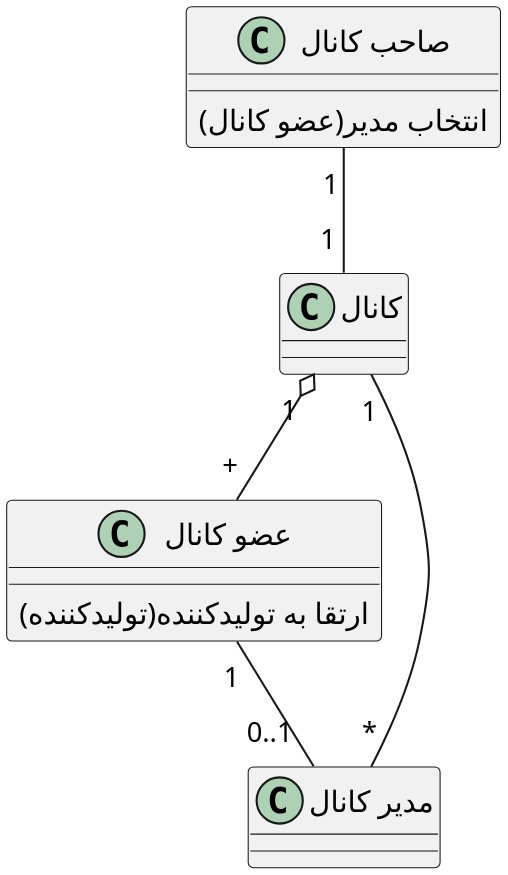
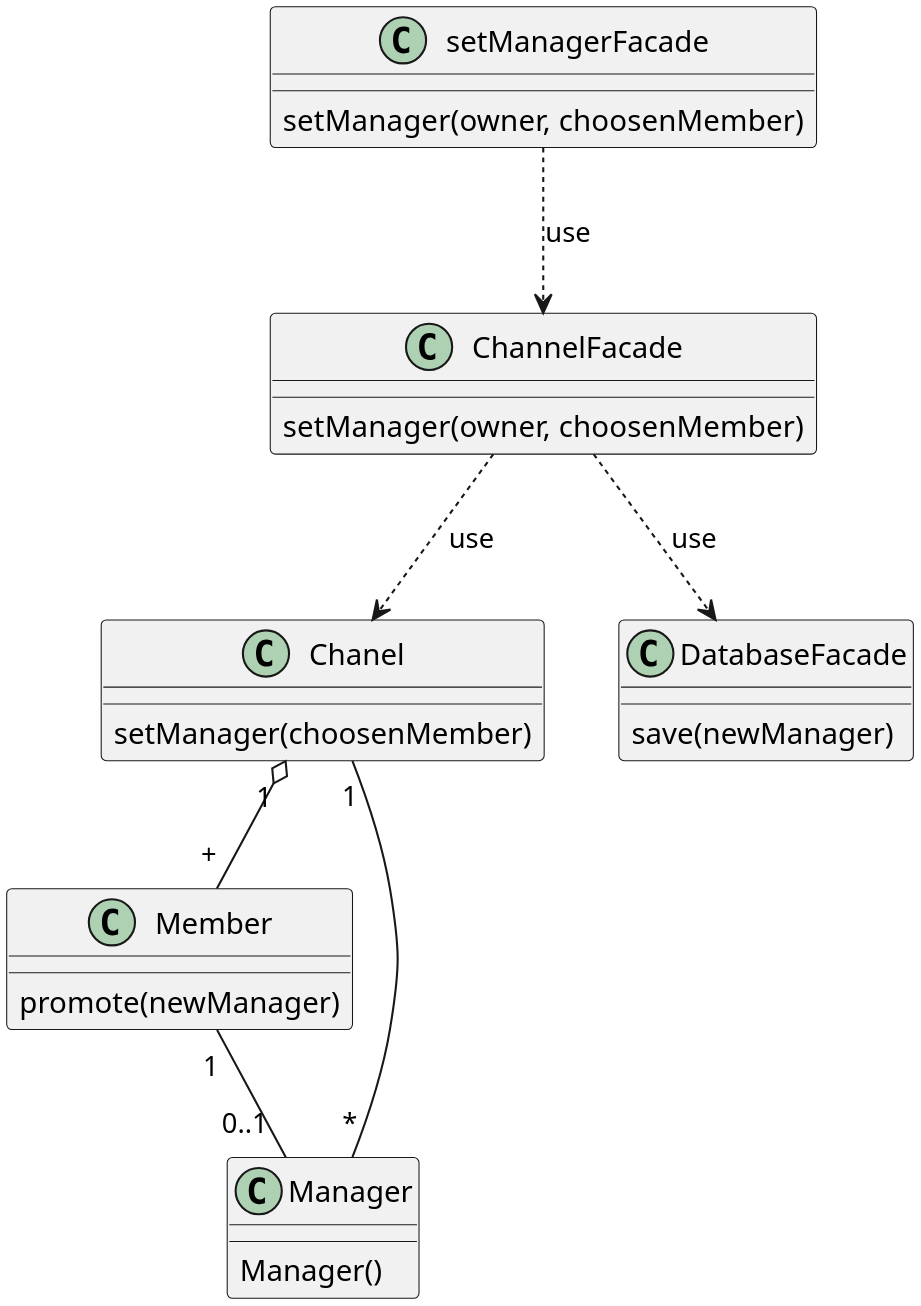
One commit to soleyman79/Qasedak changed the diagram in Diagrams/Design Class/ChooseManager.puml. Above: the diagram before and after it, drawn with PlantUML.

Commit message:
update Design class: ChooseManager

```diff
--- a/Diagrams/Design Class/ChooseManager.puml
+++ b/Diagrams/Design Class/ChooseManager.puml
@@ -1,29 +1,41 @@
 @startuml choose_manager
 
 
 scale 3
 skinparam DefaultFontName B Nazanin
 skinparam ArrowMessageAlignment right
 
 
-class "صاحب کانال" as owner {
-    انتخاب مدیر(عضو کانال)
+class "Chanel" as chanel {
+    setManager(choosenMember)
 }
 
-class "کانال" as chanel {
+class "Member" as member {
+    promote(newManager)
 }
 
-class "عضو کانال" as member {
-    ارتقا به تولیدکننده(تولیدکننده)
+class "Manager" as manager {
+    Manager()
 }
 
-class "مدیر کانال" as manager {
+class setManagerFacade {
+    setManager(owner, choosenMember)
 }
 
-owner "         1" -- "         1" chanel
+class ChannelFacade {
+    setManager(owner, choosenMember)
+}
+
+
+class "DatabaseFacade" {
+    save(newManager)
+}
+
 chanel "            1" o-- "            +" member
 member "        1" -- "          0..1" manager
 chanel "1" -- "*" manager
-
+setManagerFacade ..> ChannelFacade :use
+ChannelFacade ..> chanel :use
+ChannelFacade ..> DatabaseFacade :use
 
 @enduml
```
